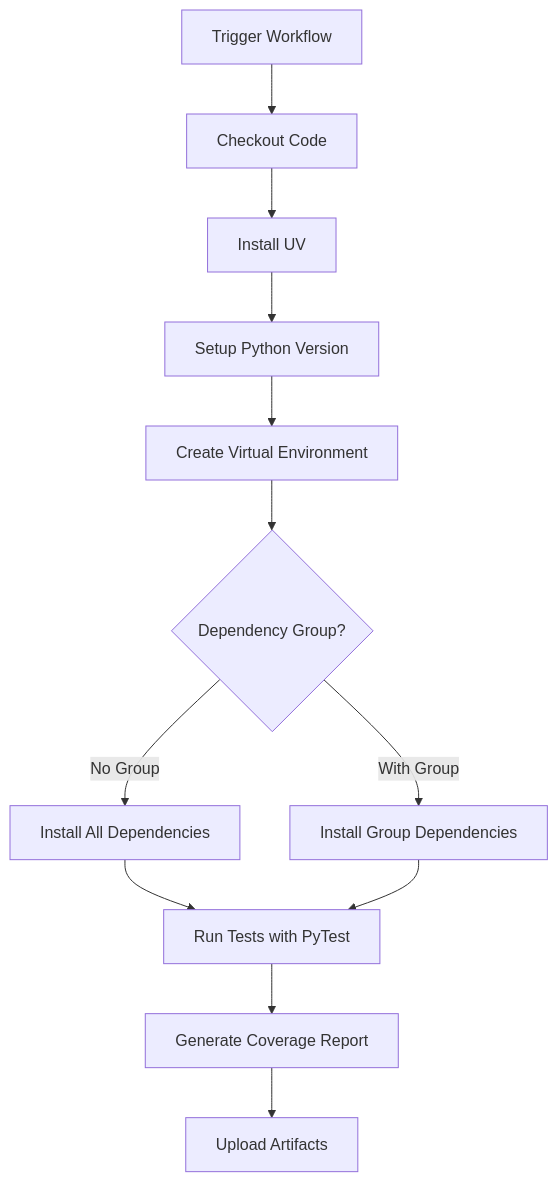
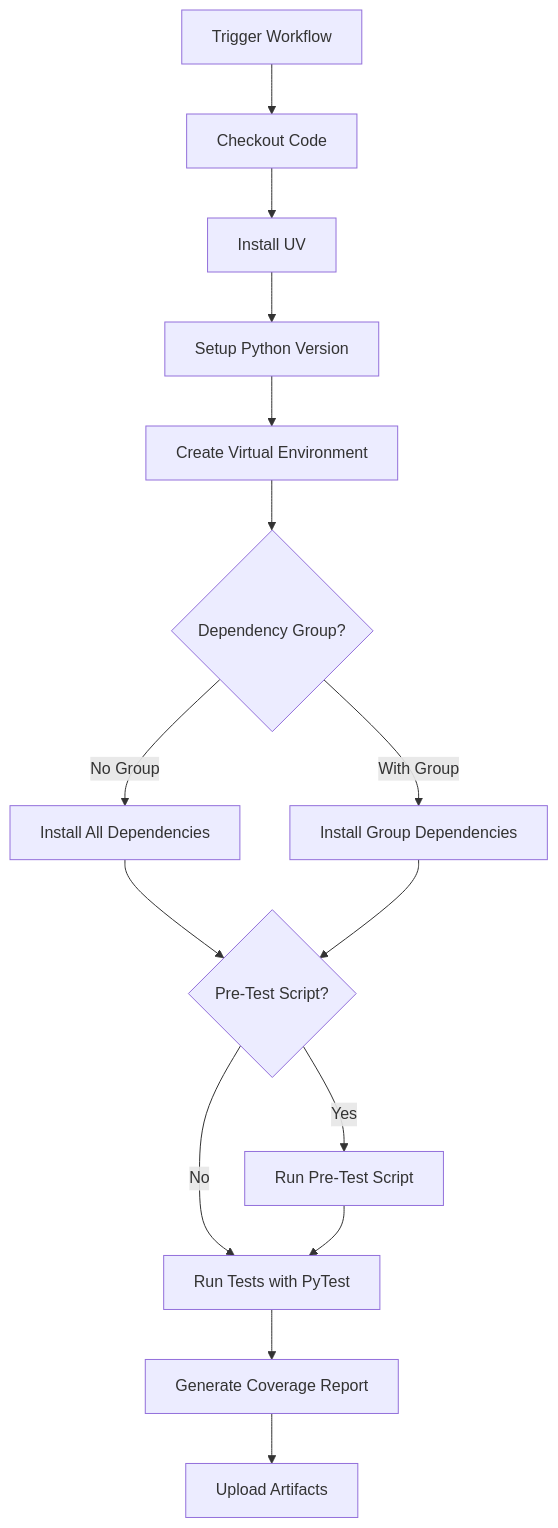
One commit to Chisanan232/GitHub-Action_Reusable_Workflows-Python changed the diagram in docs/contents/document/workflows/test/rw_uv_run_test.mdx. Above: the diagram before and after it, drawn with Mermaid. The commit also changed other lines of this file and 1 other file, not shown here.

Commit message:
✏️ Extract the step runs something before really running test as a reusable workflow parameter.

````diff
--- a/docs/contents/document/workflows/test/rw_uv_run_test.mdx
+++ b/docs/contents/document/workflows/test/rw_uv_run_test.mdx
@@ -27,14 +27,17 @@
 ```mermaid
 graph TD
     A[Trigger Workflow] --> B[Checkout Code]
     B --> C[Install UV]
     C --> D[Setup Python Version]
     D --> E[Create Virtual Environment]
     E --> F{Dependency Group?}
     F -->|No Group| G[Install All Dependencies]
     F -->|With Group| H[Install Group Dependencies]
-    G --> I[Run Tests with PyTest]
+    G --> I{Pre-Test Script?}
     H --> I
-    I --> J[Generate Coverage Report]
-    J --> K[Upload Artifacts]
+    I -->|Yes| J[Run Pre-Test Script]
+    I -->|No| K[Run Tests with PyTest]
+    J --> K
+    K --> L[Generate Coverage Report]
+    L --> M[Upload Artifacts]
 ```
````
